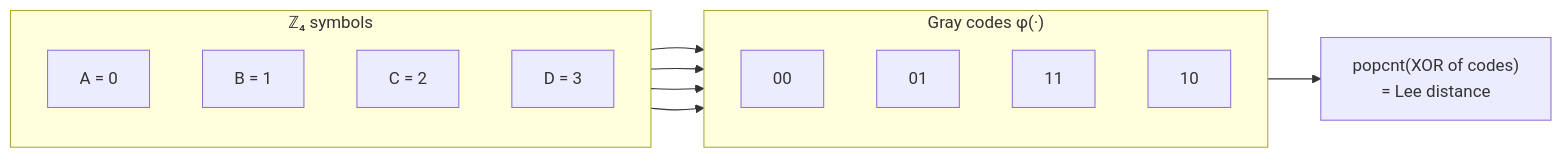
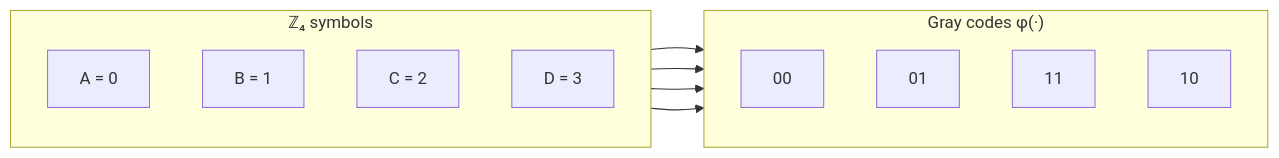
The third of 4 diagrams in DESIGN.md (devlux76/q2), drawn with Mermaid before and after one commit. The commit also changed other lines of this file and 1 other file, not shown here.

First line of the commit message:
docs: fix LaTeX errors, broken Mermaid diagrams, and add bitmask explanation (#14)

````diff
--- a/DESIGN.md
+++ b/DESIGN.md
@@ -476,23 +474,21 @@
 ```mermaid
 flowchart LR
     subgraph Z4["ℤ₄ symbols"]
         direction TB
         s0["A = 0"]
         s1["B = 1"]
         s2["C = 2"]
         s3["D = 3"]
     end
     subgraph GC["Gray codes φ(·)"]
         direction TB
-        g0["`00`"]
-        g1["`01`"]
-        g2["`11`"]
-        g3["`10`"]
+        g0["00"]
+        g1["01"]
+        g2["11"]
+        g3["10"]
     end
     s0 --> g0
     s1 --> g1
     s2 --> g2
     s3 --> g3
-    note["popcnt(XOR of codes)\n= Lee distance"]
-    GC --> note
 ```
````
